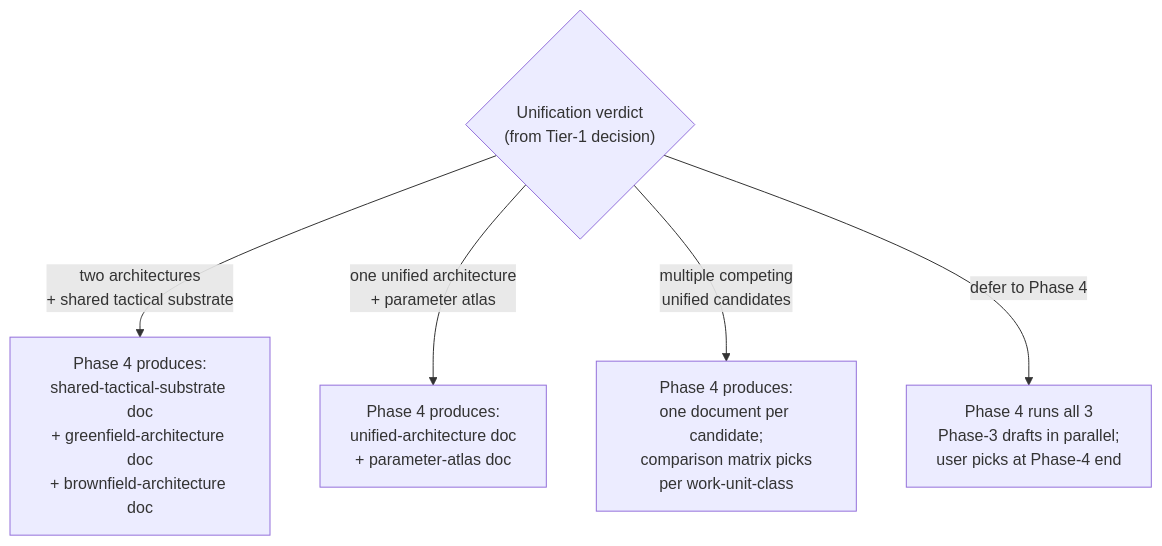
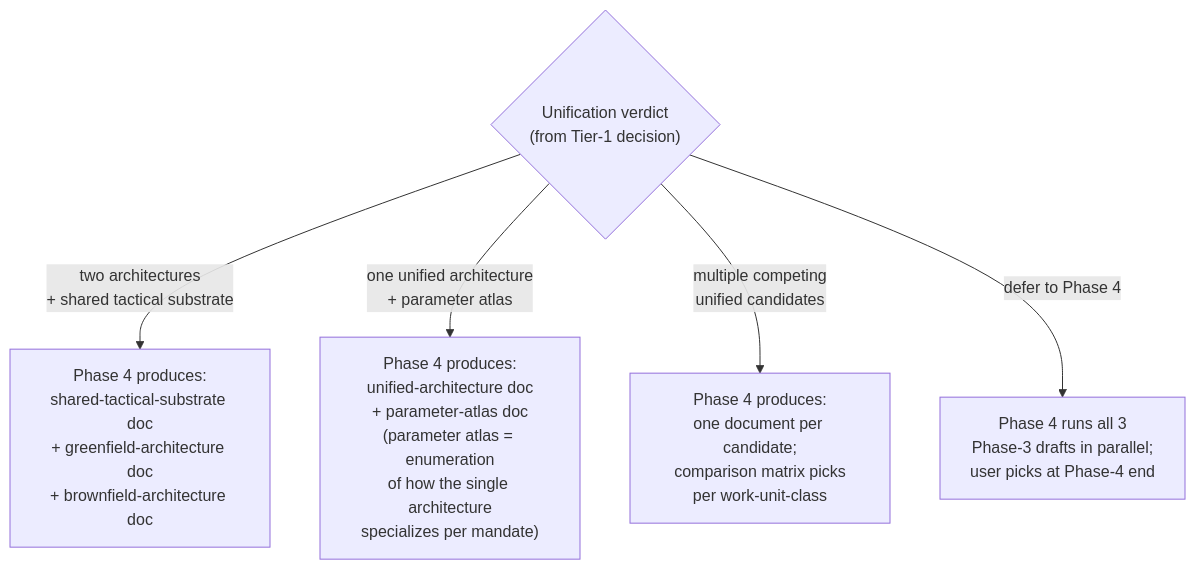
The tenth of 11 diagrams in research-plan-v3-primer.md (lago-morph/software-factory), drawn with Mermaid before and after one commit. The commit also changed other lines of this file, not shown here.

````diff
--- a/research-plan-v3-primer.md
+++ b/research-plan-v3-primer.md
@@ -242,12 +236,12 @@
 ```mermaid
 flowchart TB
     DEC1{"Unification verdict<br/>(from Tier-1 decision)"}
 
     DEC1 -->|"two architectures<br/>+ shared tactical substrate"| A["Phase 4 produces:<br/>shared-tactical-substrate doc<br/>+ greenfield-architecture doc<br/>+ brownfield-architecture doc"]
 
-    DEC1 -->|"one unified architecture<br/>+ parameter atlas"| B["Phase 4 produces:<br/>unified-architecture doc<br/>+ parameter-atlas doc"]
+    DEC1 -->|"one unified architecture<br/>+ parameter atlas"| B["Phase 4 produces:<br/>unified-architecture doc<br/>+ parameter-atlas doc<br/>(parameter atlas = enumeration<br/>of how the single architecture<br/>specializes per mandate)"]
 
     DEC1 -->|"multiple competing<br/>unified candidates"| C["Phase 4 produces:<br/>one document per candidate;<br/>comparison matrix picks<br/>per work-unit-class"]
 
     DEC1 -->|"defer to Phase 4"| D["Phase 4 runs all 3<br/>Phase-3 drafts in parallel;<br/>user picks at Phase-4 end"]
 ```
````
